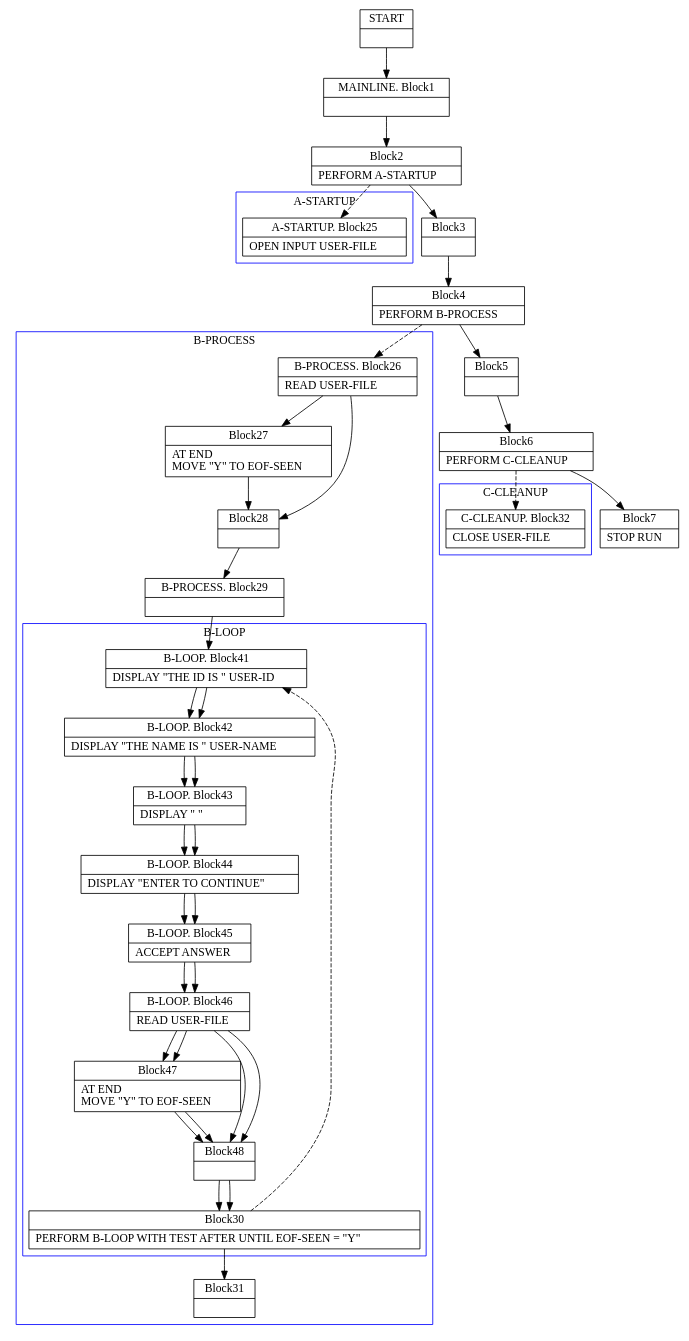
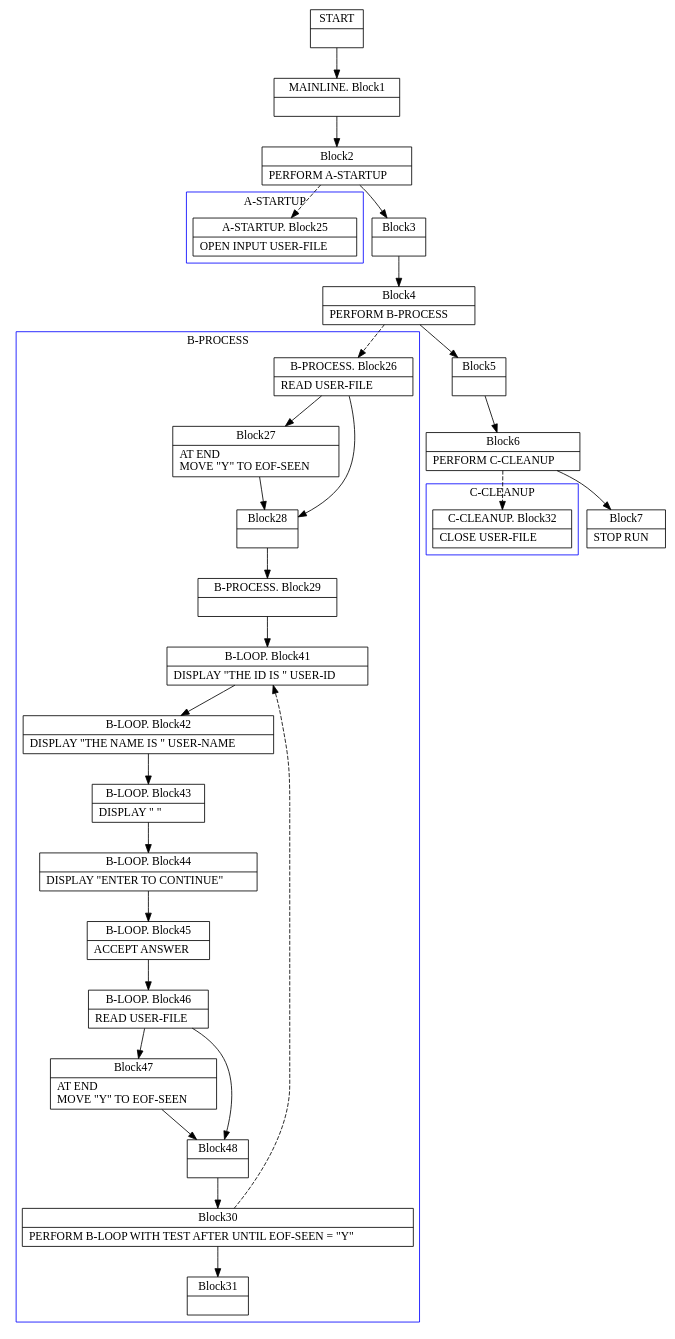
The diagram in TypeCobol.Analysis.Test/DotOutput/PerformProcedure2.dot (TypeCobolTeam/TypeCobol), drawn with Graphviz before and after one commit. The commit also changed 12 other files, not shown here.

```diff
--- a/TypeCobol.Analysis.Test/DotOutput/PerformProcedure2.dot
+++ b/TypeCobol.Analysis.Test/DotOutput/PerformProcedure2.dot
@@ -1,166 +1,133 @@
 digraph Cfg {
 compound=true;
 node [
 shape = "record"
 ]
 
 edge [
 arrowtail = "empty"
 ]
 Block0 [
 label = "{START|}"
 ]
 Block1 [
 label = "{MAINLINE. Block1|}"
 ]
 Block2 [
 label = "{Block2|    PERFORM A-STARTUP\l}"
 ]
 subgraph cluster_1{
 color = blue;
 label = "A-STARTUP";
 Block25 [
 label = "{A-STARTUP. Block25|    OPEN INPUT USER-FILE\l}"
 ]
 
 }
 Block2 -> Block25 [style=dashed]
 
 Block3 [
 label = "{Block3|}"
 ]
 Block4 [
 label = "{Block4|    PERFORM B-PROCESS\l}"
 ]
 subgraph cluster_2{
 color = blue;
 label = "B-PROCESS";
 Block26 [
 label = "{B-PROCESS. Block26|    READ USER-FILE\l}"
 ]
 Block27 [
 label = "{Block27|        AT END\l           MOVE \"Y\" TO EOF-SEEN\l}"
 ]
 Block28 [
 label = "{Block28|}"
 ]
 Block29 [
 label = "{B-PROCESS. Block29|}"
 ]
 Block41 [
 label = "{B-LOOP. Block41|    DISPLAY \"THE ID IS \" USER-ID\l}"
 ]
 Block42 [
 label = "{B-LOOP. Block42|    DISPLAY \"THE NAME IS \" USER-NAME\l}"
 ]
 Block43 [
 label = "{B-LOOP. Block43|    DISPLAY \" \"\l}"
 ]
 Block44 [
 label = "{B-LOOP. Block44|    DISPLAY \"ENTER TO CONTINUE\"\l}"
 ]
 Block45 [
 label = "{B-LOOP. Block45|    ACCEPT ANSWER\l}"
 ]
 Block46 [
 label = "{B-LOOP. Block46|    READ USER-FILE\l}"
 ]
 Block47 [
 label = "{Block47|        AT END\l           MOVE \"Y\" TO EOF-SEEN\l}"
 ]
 Block48 [
 label = "{Block48|}"
 ]
 Block30 [
 label = "{Block30|    PERFORM B-LOOP          WITH TEST AFTER UNTIL EOF-SEEN = \"Y\"\l}"
 ]
 subgraph cluster_4{
 color = blue;
 label = "B-LOOP";
-Block41 [
-label = "{B-LOOP. Block41|    DISPLAY \"THE ID IS \" USER-ID\l}"
-]
-Block42 [
-label = "{B-LOOP. Block42|    DISPLAY \"THE NAME IS \" USER-NAME\l}"
-]
-Block43 [
-label = "{B-LOOP. Block43|    DISPLAY \" \"\l}"
-]
-Block44 [
-label = "{B-LOOP. Block44|    DISPLAY \"ENTER TO CONTINUE\"\l}"
-]
-Block45 [
-label = "{B-LOOP. Block45|    ACCEPT ANSWER\l}"
-]
-Block46 [
-label = "{B-LOOP. Block46|    READ USER-FILE\l}"
-]
-Block47 [
-label = "{Block47|        AT END\l           MOVE \"Y\" TO EOF-SEEN\l}"
-]
-Block48 [
-label = "{Block48|}"
-]
-Block41 -> Block42
-Block42 -> Block43
-Block43 -> Block44
-Block44 -> Block45
-Block45 -> Block46
-Block46 -> Block47
-Block46 -> Block48
-Block47 -> Block48
-Block48 -> Block30
 
 }
 Block30 -> Block41 [style=dashed]
 
 Block31 [
 label = "{Block31|}"
 ]
 Block26 -> Block27
 Block26 -> Block28
 Block27 -> Block28
 Block28 -> Block29
 Block29 -> Block41
 Block41 -> Block42
 Block42 -> Block43
 Block43 -> Block44
 Block44 -> Block45
 Block45 -> Block46
 Block46 -> Block47
 Block46 -> Block48
 Block47 -> Block48
 Block48 -> Block30
 Block30 -> Block31
 
 }
 Block4 -> Block26 [style=dashed]
 
 Block5 [
 label = "{Block5|}"
 ]
 Block6 [
 label = "{Block6|    PERFORM C-CLEANUP\l}"
 ]
 subgraph cluster_3{
 color = blue;
 label = "C-CLEANUP";
 Block32 [
 label = "{C-CLEANUP. Block32|    CLOSE USER-FILE\l}"
 ]
 
 }
 Block6 -> Block32 [style=dashed]
 
 Block7 [
 label = "{Block7|    STOP RUN\l}"
 ]
 Block0 -> Block1
 Block1 -> Block2
 Block2 -> Block3
 Block3 -> Block4
 Block4 -> Block5
 Block5 -> Block6
 Block6 -> Block7
 
 }
```
